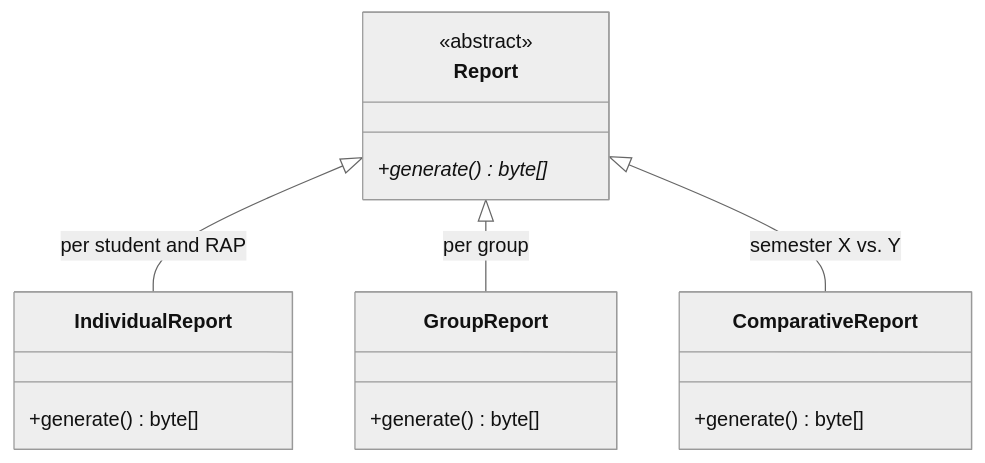
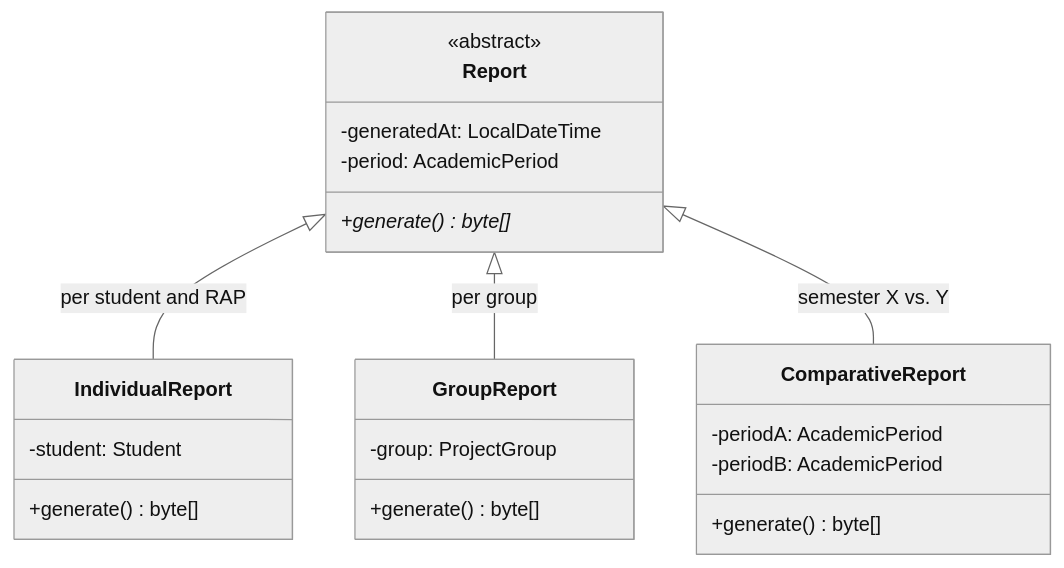
Before and after one commit to Oskarsito7/SIERAP: the second of 6 diagrams in docs/diagramas/diagrama_jerarquias.md, drawn with Mermaid (neutral theme). The commit also changed other lines of this file and 12 other files, not shown here.

First line of the commit message:
docs: regenerate the hierarchy and layer diagrams in English

````diff
--- a/docs/diagramas/diagrama_jerarquias.md
+++ b/docs/diagramas/diagrama_jerarquias.md
@@ -61,20 +101,26 @@
 ```mermaid
 classDiagram
 direction BT
 class Report {
   <<abstract>>
+  -generatedAt: LocalDateTime
+  -period: AcademicPeriod
   +generate()* byte[]
 }
 class IndividualReport {
+  -student: Student
   +generate() byte[]
 }
 class GroupReport {
+  -group: ProjectGroup
   +generate() byte[]
 }
 class ComparativeReport {
+  -periodA: AcademicPeriod
+  -periodB: AcademicPeriod
   +generate() byte[]
 }
 IndividualReport --|> Report : per student and RAP
 GroupReport --|> Report : per group
 ComparativeReport --|> Report : semester X vs. Y
 ```
````
